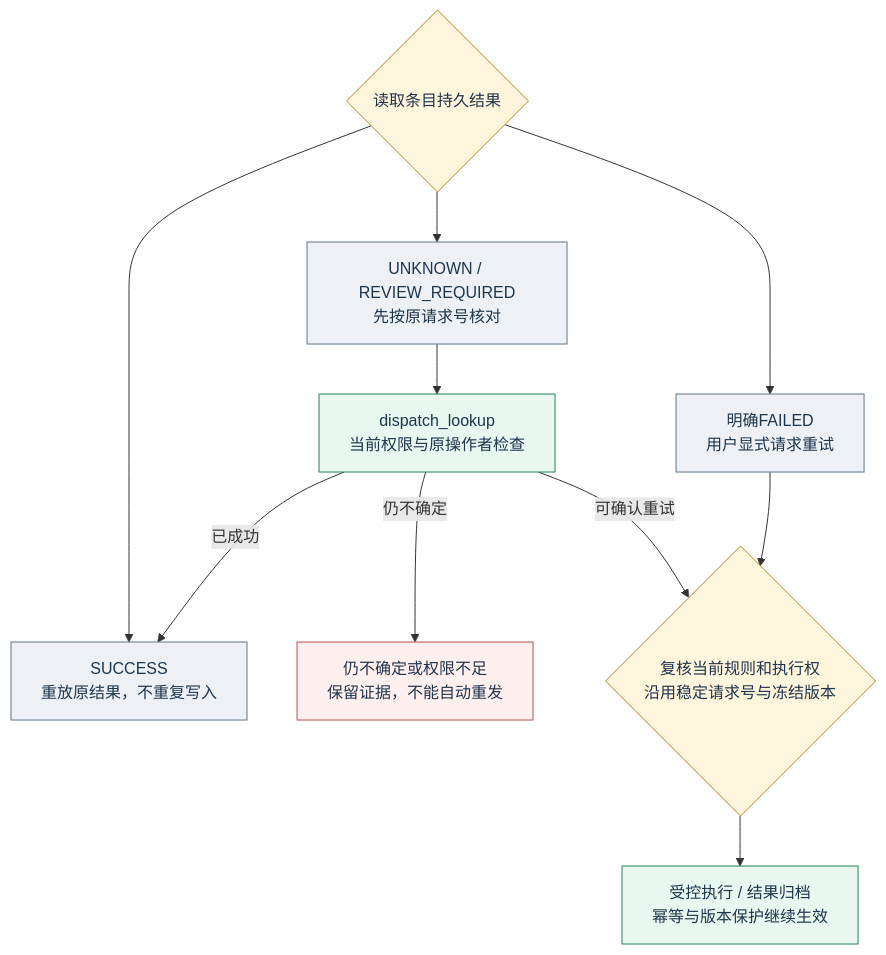
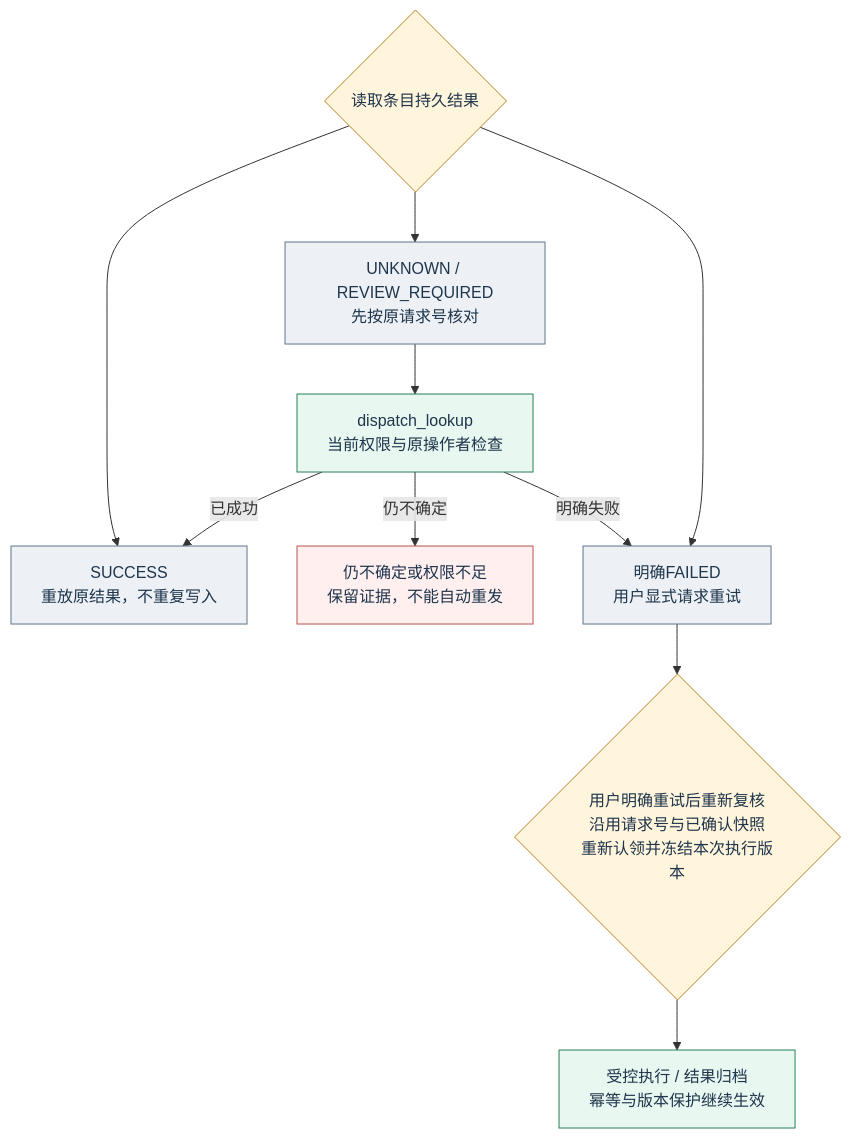
One commit to QSZJAVA/agent_demo changed the diagram in docs/diagrams/demo-final/06.mmd. Above: the diagram before and after it, drawn with Mermaid. The commit also changed 62 other files, not shown here.

```diff
--- a/docs/diagrams/demo-final/06.mmd
+++ b/docs/diagrams/demo-final/06.mmd
@@ -1,25 +1,25 @@
 flowchart TD
   result{"读取条目持久结果"}:::guard
   success["SUCCESS<br/>重放原结果，不重复写入"]:::store
   unknown["UNKNOWN / REVIEW_REQUIRED<br/>先按原请求号核对"]:::store
   failed["明确FAILED<br/>用户显式请求重试"]:::store
   lookup["dispatch_lookup<br/>当前权限与原操作者检查"]:::business
-  retry{"复核当前规则和执行权<br/>沿用稳定请求号与冻结版本"}:::guard
+  retry{"用户明确重试后重新复核<br/>沿用请求号与已确认快照<br/>重新认领并冻结本次执行版本"}:::guard
   remain["仍不确定或权限不足<br/>保留证据，不能自动重发"]:::error
   execute["受控执行 / 结果归档<br/>幂等与版本保护继续生效"]:::business
   result --> success
   result --> unknown
   result --> failed
   unknown --> lookup
   lookup -->|"已成功"| success
   lookup -->|"仍不确定"| remain
-  lookup -->|"可确认重试"| retry
+  lookup -->|"明确失败"| failed
   failed --> retry
   retry --> execute
   classDef ui fill:#eaf2ff,stroke:#386bc1,color:#1e354c
   classDef agent fill:#edf5ff,stroke:#3778a8,color:#1e354c
   classDef model fill:#f3edff,stroke:#8751bf,color:#1e354c
   classDef business fill:#e8f7ef,stroke:#268255,color:#1e354c
   classDef guard fill:#fff4dc,stroke:#b58022,color:#1e354c
   classDef error fill:#fff0ef,stroke:#ba534e,color:#1e354c
   classDef store fill:#edf1f5,stroke:#60768b,color:#1e354c
```
